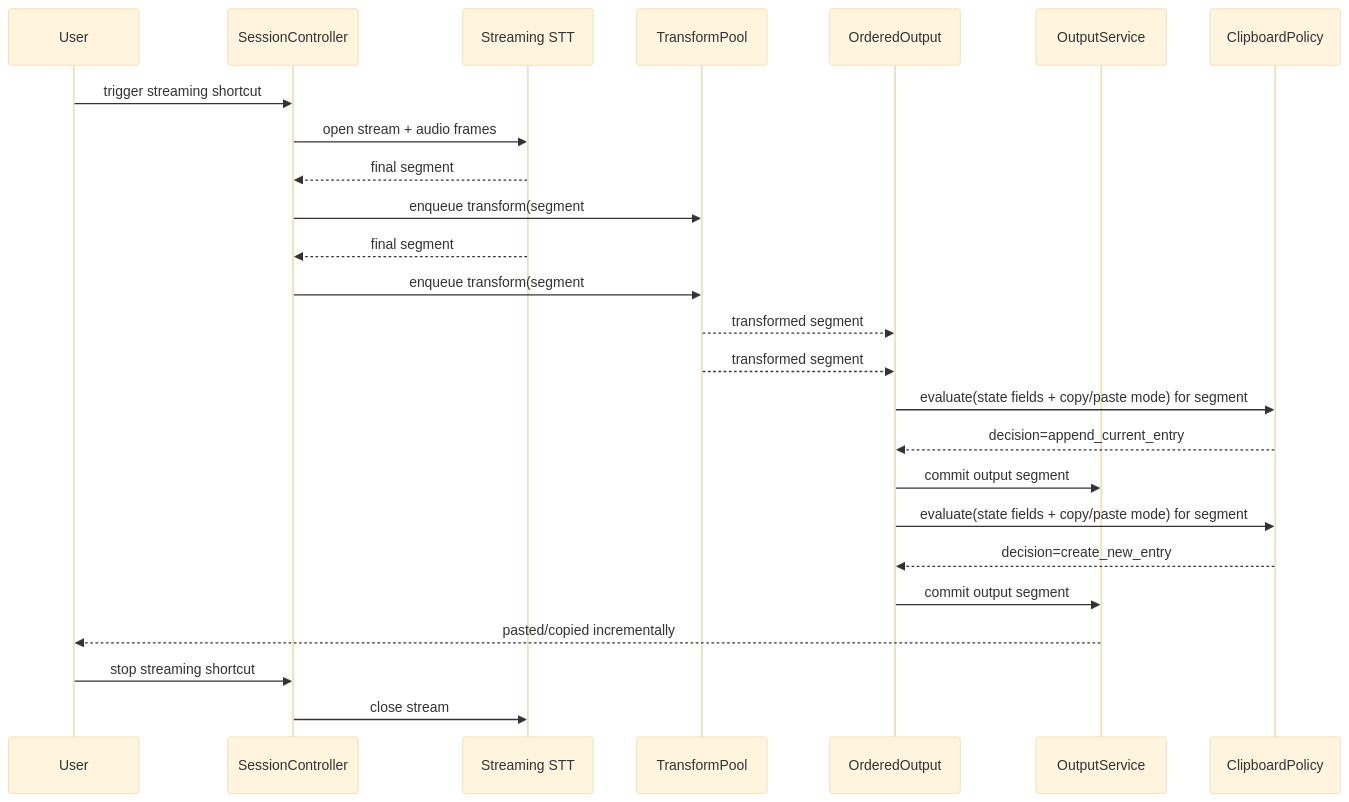
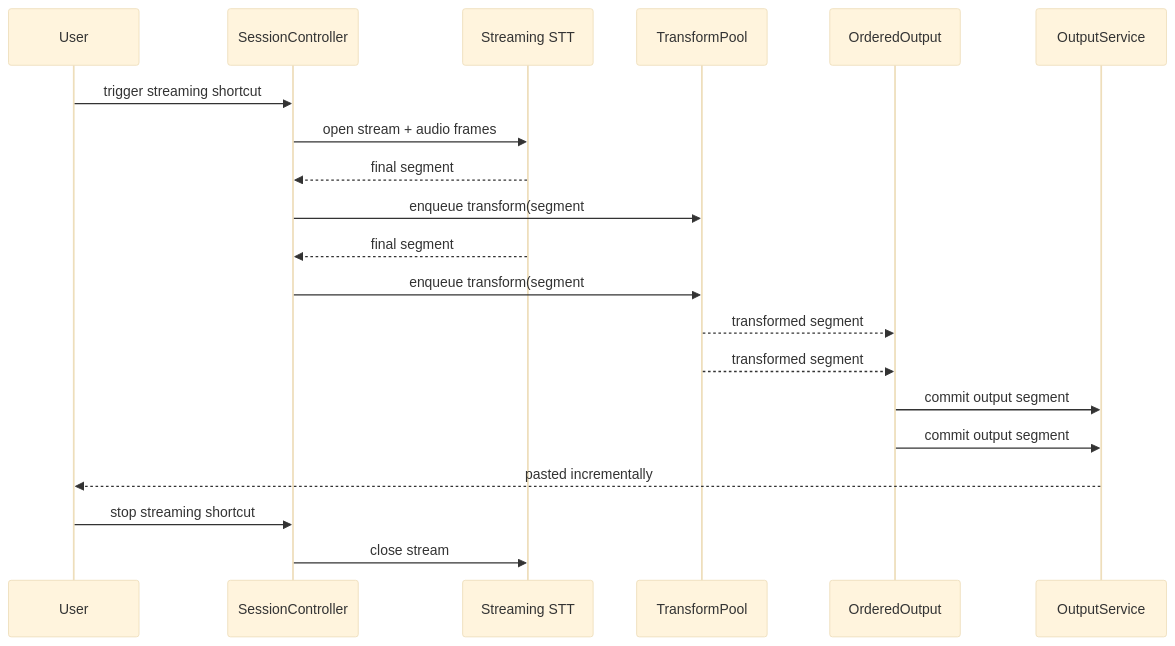
The eighth of 8 diagrams in specs/spec.md (massun-onibakuchi/speech-to-text-app), drawn with Mermaid (base theme) before and after one commit. The commit also changed other lines of this file and 2 other files, not shown here.

Commit message:
Clarify streaming paste-only output semantics

````diff
--- a/specs/spec.md
+++ b/specs/spec.md
@@ -896,28 +842,23 @@
 ```mermaid
 sequenceDiagram
   participant U as User
   participant S as SessionController
   participant STT as Streaming STT
   participant T as TransformPool
   participant OC as OrderedOutput
   participant O as OutputService
-  participant C as ClipboardPolicy
 
   U->>S: trigger streaming shortcut
   S->>STT: open stream + audio frames
   STT-->>S: final segment #1 text
   S->>T: enqueue transform(segment #1)
   STT-->>S: final segment #2 text
   S->>T: enqueue transform(segment #2)
   T-->>OC: transformed segment #2 (ready first)
   T-->>OC: transformed segment #1
-  OC->>C: evaluate(state fields + copy/paste mode) for segment #1
-  C-->>OC: decision=append_current_entry
   OC->>O: commit output segment #1
-  OC->>C: evaluate(state fields + copy/paste mode) for segment #2
-  C-->>OC: decision=create_new_entry
   OC->>O: commit output segment #2
-  O-->>U: pasted/copied incrementally
+  O-->>U: pasted incrementally
   U->>S: stop streaming shortcut
   S->>STT: close stream
 ```
````
